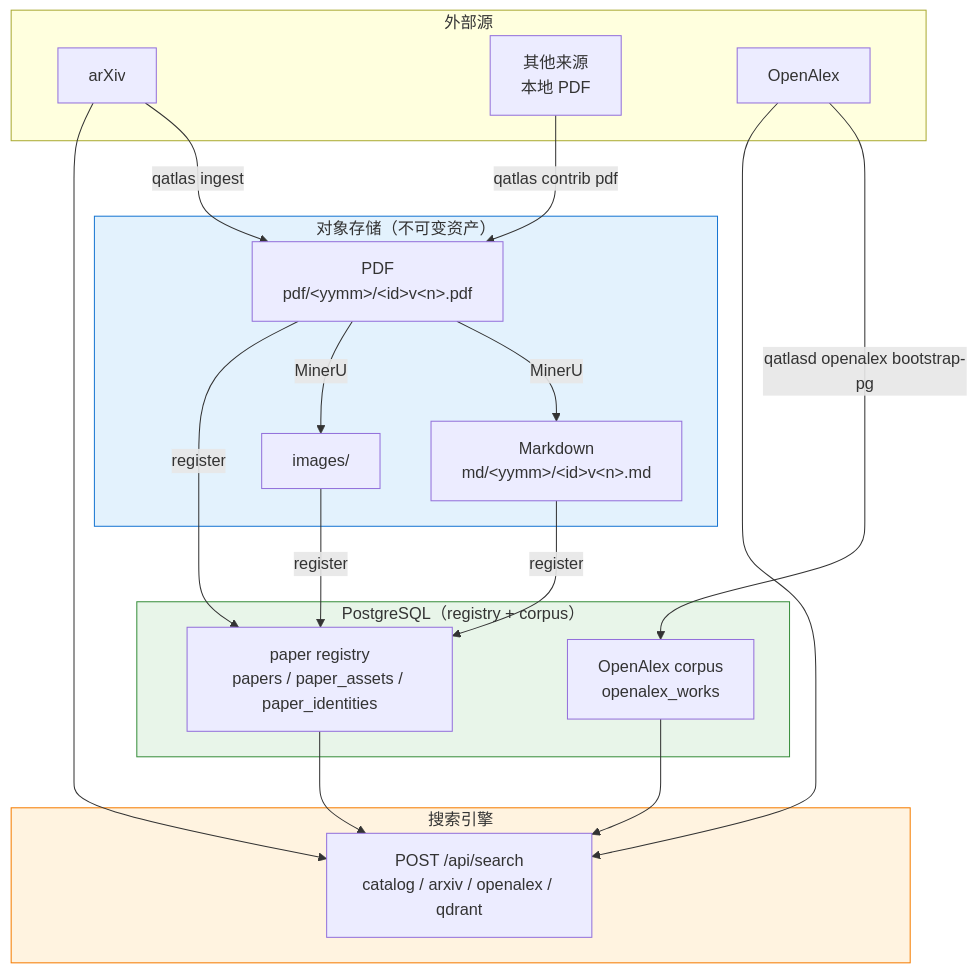
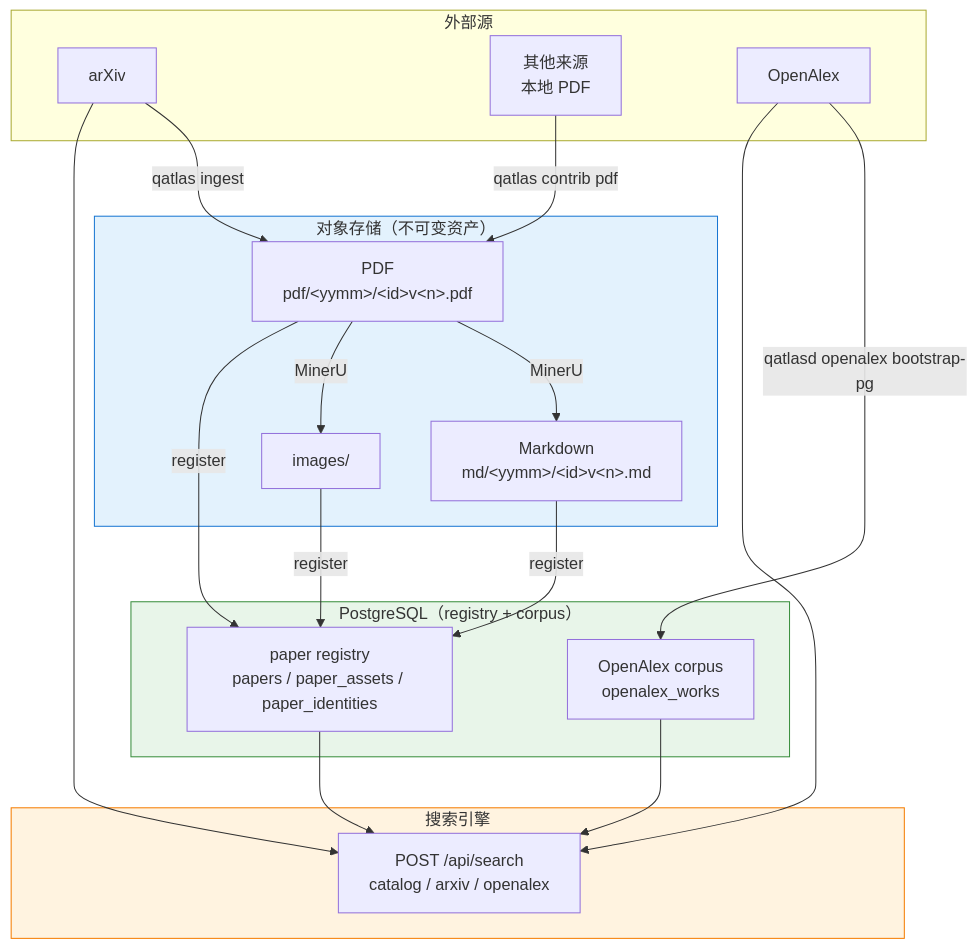
Before and after one commit to IAI-USTC-Quantum/QuantumAtlas: the diagram in docs/concepts/data-flow.md, drawn with Mermaid. The commit also changed other lines of this file and 52 other files, not shown here.

````diff
--- a/docs/concepts/data-flow.md
+++ b/docs/concepts/data-flow.md
@@ -5,38 +5,38 @@
 ```mermaid
 flowchart TB
     subgraph SRC ["外部源"]
         ARX[arXiv]
         OTH[其他来源<br/>本地 PDF]
         OA[OpenAlex]
     end
 
     subgraph STORE ["对象存储（不可变资产）"]
         PDF[PDF<br/>pdf/&lt;yymm&gt;/&lt;id&gt;v&lt;n&gt;.pdf]
         MD[Markdown<br/>md/&lt;yymm&gt;/&lt;id&gt;v&lt;n&gt;.md]
         IMG[images/]
     end
 
     subgraph PG ["PostgreSQL（registry + corpus）"]
         REG[paper registry<br/>papers / paper_assets / paper_identities]
         CORP[OpenAlex corpus<br/>openalex_works]
     end
 
     subgraph SEARCH ["搜索引擎"]
-        ENG[POST /api/search<br/>catalog / arxiv / openalex / qdrant]
+        ENG[POST /api/search<br/>catalog / arxiv / openalex]
     end
 
     ARX -->|qatlas ingest| PDF
     OTH -->|qatlas contrib pdf| PDF
     PDF -->|MinerU| MD
     PDF -->|MinerU| IMG
 
     PDF & MD & IMG -->|register| REG
     OA -->|qatlasd openalex bootstrap-pg| CORP
 
     REG & CORP --> ENG
     ARX & OA --> ENG
 
     style STORE fill:#e3f2fd,stroke:#1976d2
     style PG fill:#e8f5e9,stroke:#388e3c
     style SEARCH fill:#fff3e0,stroke:#f57c00
 ```
````
